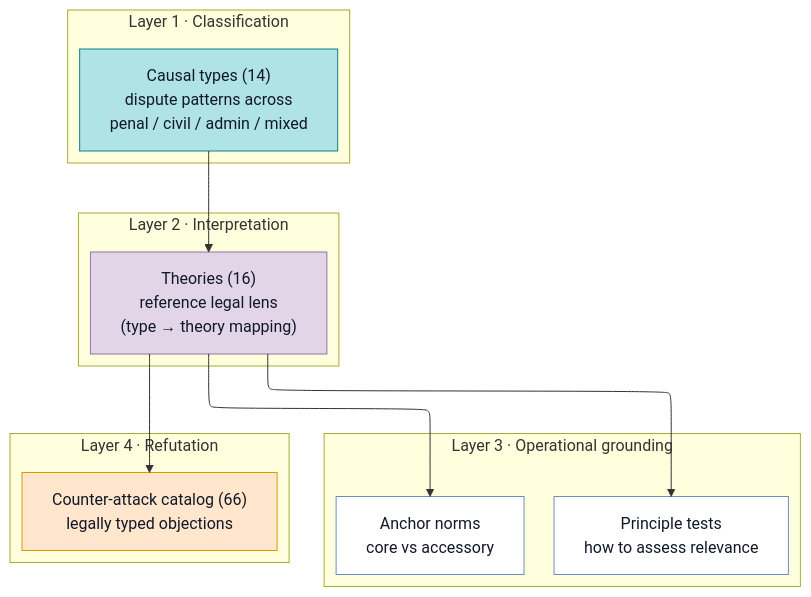
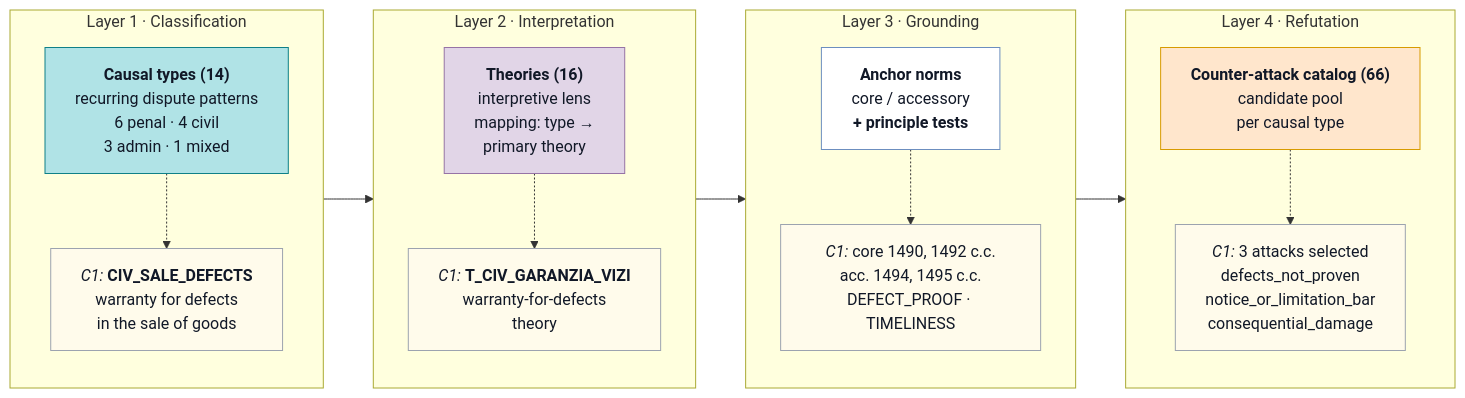
The diagram in assets/ch4_taxonomy_layers.mmd (Leonard2310/LexCausa), drawn with Mermaid before and after one commit. The commit also changed 19 other files, not shown here.

```diff
--- a/assets/ch4_taxonomy_layers.mmd
+++ b/assets/ch4_taxonomy_layers.mmd
@@ -1,27 +1,55 @@
-%%{init: {"flowchart": {"defaultRenderer": "elk"}}}%%
-flowchart TB
+flowchart LR
   subgraph L1["Layer 1 · Classification"]
-    CT["Causal types (14)\ndispute patterns across\npenal / civil / admin / mixed"]
+    direction TB
+    T1["`**Causal types (14)**
+recurring dispute patterns
+6 penal · 4 civil
+3 admin · 1 mixed`"]
+    E1["`*C1:* **CIV_SALE_DEFECTS**
+warranty for defects
+in the sale of goods`"]
+    T1 -.-> E1
   end
   subgraph L2["Layer 2 · Interpretation"]
-    TH["Theories (16)\nreference legal lens\n(type → theory mapping)"]
+    direction TB
+    T2["`**Theories (16)**
+interpretive lens
+mapping: type →
+primary theory`"]
+    E2["`*C1:* **T_CIV_GARANZIA_VIZI**
+warranty-for-defects
+theory`"]
+    T2 -.-> E2
   end
-  subgraph L3["Layer 3 · Operational grounding"]
-    AN["Anchor norms\ncore vs accessory"]
-    PT["Principle tests\nhow to assess relevance"]
+  subgraph L3["Layer 3 · Grounding"]
+    direction TB
+    T3["`**Anchor norms**
+core / accessory
+**+ principle tests**`"]
+    E3["`*C1:* core 1490, 1492 c.c.
+acc. 1494, 1495 c.c.
+DEFECT_PROOF · TIMELINESS`"]
+    T3 -.-> E3
   end
   subgraph L4["Layer 4 · Refutation"]
-    CA["Counter-attack catalog (66)\nlegally typed objections"]
+    direction TB
+    T4["`**Counter-attack catalog (66)**
+candidate pool
+per causal type`"]
+    E4["`*C1:* 3 attacks selected
+defects_not_proven
+notice_or_limitation_bar
+consequential_damage`"]
+    T4 -.-> E4
   end
-  CT --> TH
-  TH --> AN
-  TH --> PT
-  TH --> CA
-  classDef a fill:#B0E3E6,stroke:#0E8088,color:#111827;
-  classDef b fill:#E1D5E7,stroke:#9673A6,color:#111827;
-  classDef c fill:#FFFFFF,stroke:#6C8EBF,color:#111827;
-  classDef d fill:#FFE6CC,stroke:#D79B00,color:#111827;
-  class CT a;
-  class TH b;
-  class AN,PT c;
-  class CA d;
+  L1 --> L2 --> L3 --> L4
+  classDef l1 fill:#B0E3E6,stroke:#0E8088,color:#111827;
+  classDef l2 fill:#E1D5E7,stroke:#9673A6,color:#111827;
+  classDef l3 fill:#FFFFFF,stroke:#6C8EBF,color:#111827;
+  classDef l4 fill:#FFE6CC,stroke:#D79B00,color:#111827;
+  classDef ex fill:#FFFBEB,stroke:#9CA3AF,color:#111827;
+  class T1 l1;
+  class T2 l2;
+  class T3 l3;
+  class T4 l4;
+  class E1,E2,E3,E4 ex;
```
